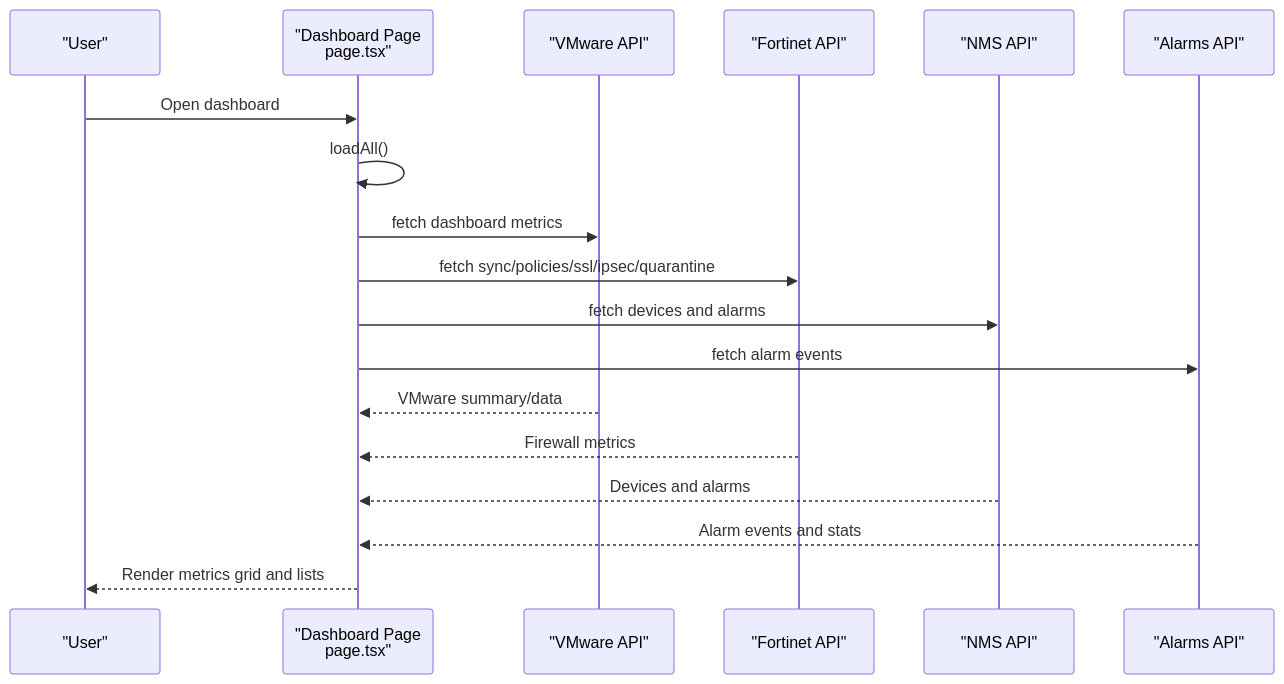
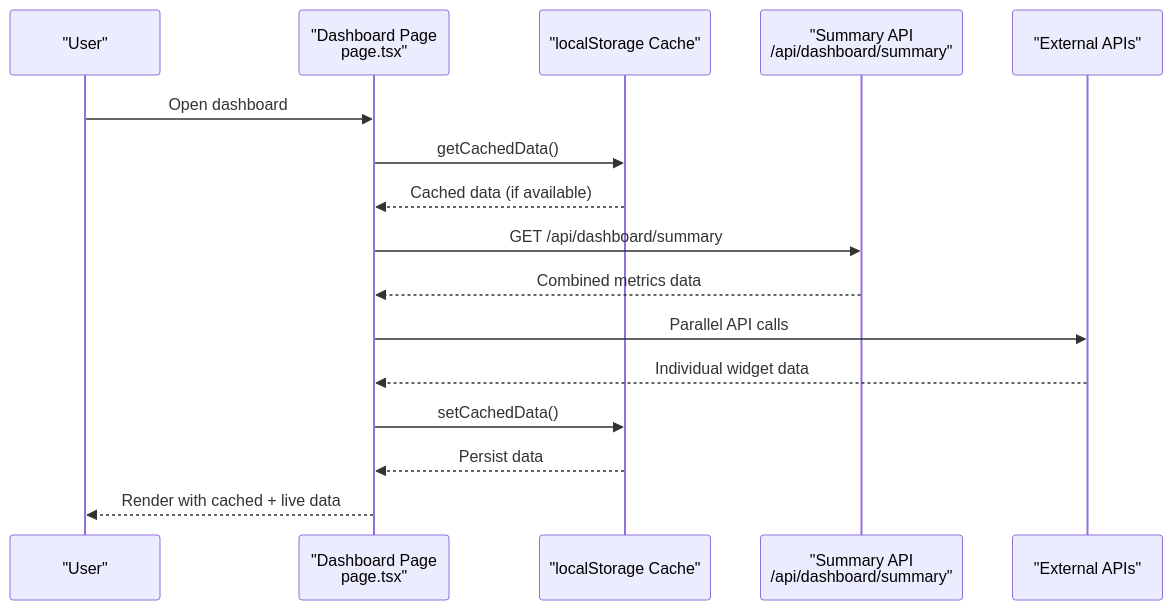
Before and after one commit to celebigilfatih/infrascope: the second of 10 diagrams in .qoder/repowiki/en/content/Analytics & Reporting/Dashboard Components.md, drawn with Mermaid. The commit also changed other lines of this file and 6 other files, not shown here.

````diff
--- a/.qoder/repowiki/en/content/Analytics & Reporting/Dashboard Components.md
+++ b/.qoder/repowiki/en/content/Analytics & Reporting/Dashboard Components.md
@@ -124,20 +143,18 @@
 ```mermaid
 sequenceDiagram
 participant U as "User"
 participant Page as "Dashboard Page<br/>page.tsx"
-participant VM as "VMware API"
-participant FG as "Fortinet API"
-participant NMS as "NMS API"
-participant PRISMA as "Alarms API"
+participant Cache as "localStorage Cache"
+participant Summary as "Summary API<br/>/api/dashboard/summary"
+participant External as "External APIs"
 U->>Page : Open dashboard
-Page->>Page : loadAll()
-Page->>VM : fetch dashboard metrics
-Page->>FG : fetch sync/policies/ssl/ipsec/quarantine
-Page->>NMS : fetch devices and alarms
-Page->>PRISMA : fetch alarm events
-VM-->>Page : VMware summary/data
-FG-->>Page : Firewall metrics
-NMS-->>Page : Devices and alarms
-PRISMA-->>Page : Alarm events and stats
-Page-->>U : Render metrics grid and lists
+Page->>Cache : getCachedData()
+Cache-->>Page : Cached data (if available)
+Page->>Summary : GET /api/dashboard/summary
+Summary-->>Page : Combined metrics data
+Page->>External : Parallel API calls
+External-->>Page : Individual widget data
+Page->>Cache : setCachedData()
+Cache-->>Page : Persist data
+Page-->>U : Render with cached + live data
 ```
````
